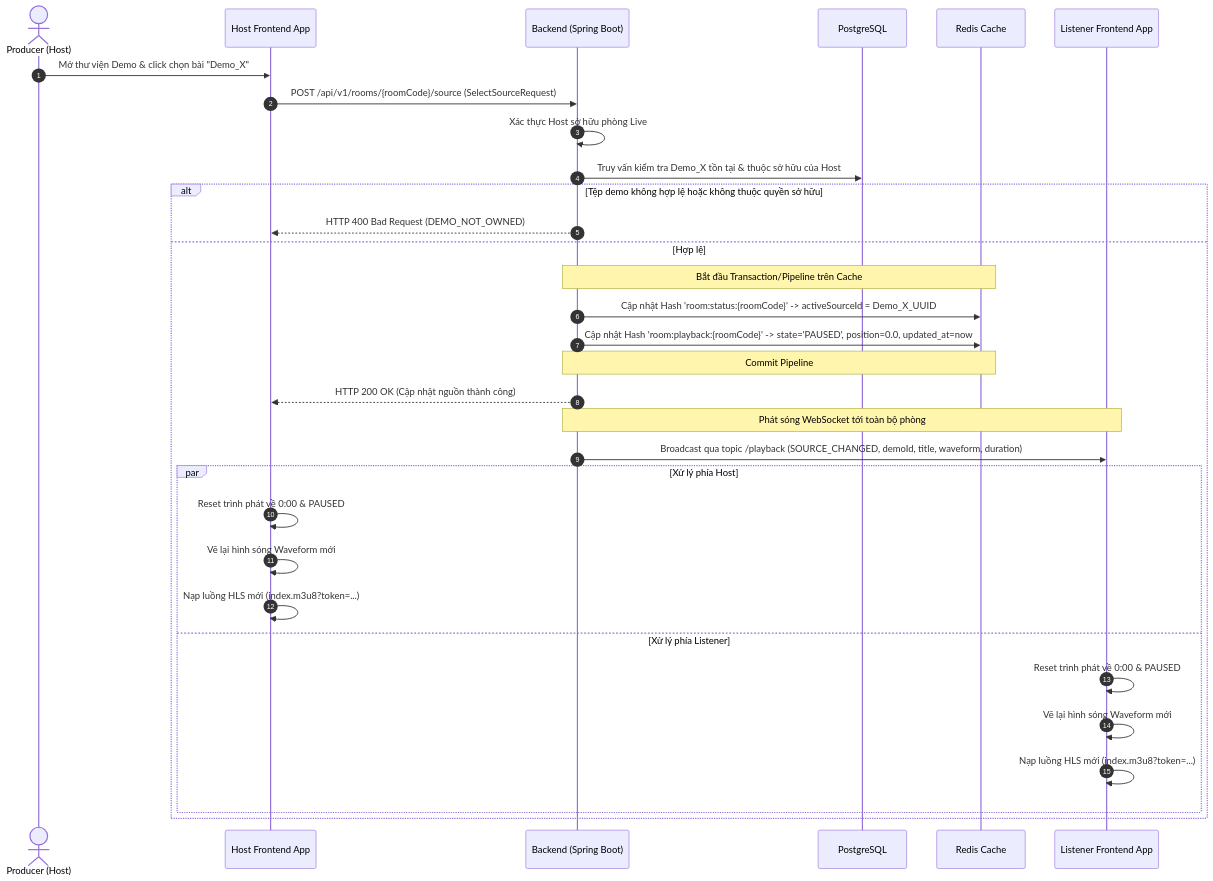
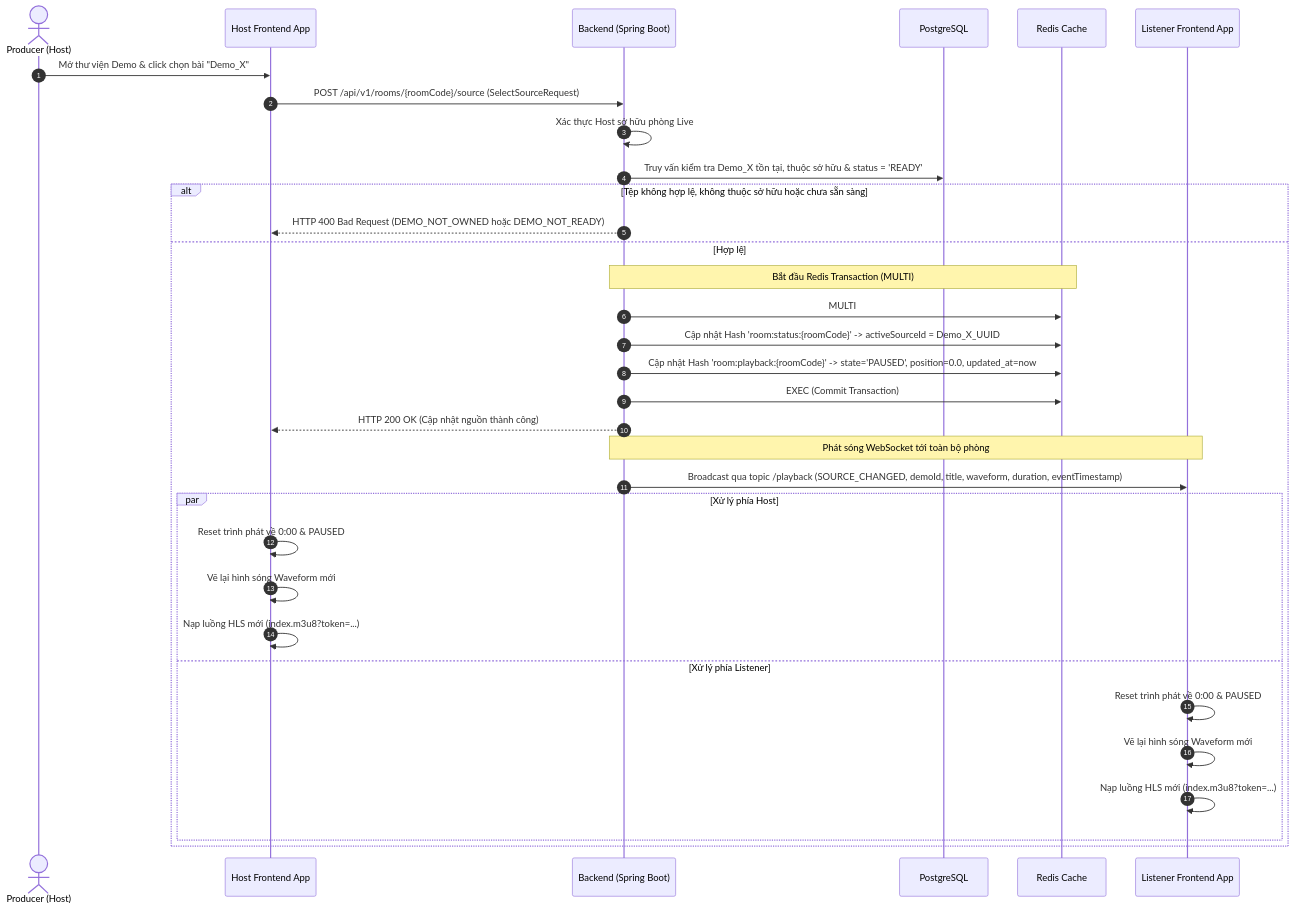
One commit to NguyenDucHoangNam/PWB_Mini changed the first of 2 diagrams in docs/2. Live Room/03_select_source.md. Above: the diagram before and after it, drawn with Mermaid. The commit also changed other lines of this file and 22 other files, not shown here.

````diff
--- a/docs/2. Live Room/03_select_source.md
+++ b/docs/2. Live Room/03_select_source.md
@@ -61,40 +61,41 @@
 ```mermaid
 sequenceDiagram
     autonumber
     actor Host as Producer (Host)
     participant FE as Host Frontend App
     participant BE as Backend (Spring Boot)
     participant DB as PostgreSQL
     participant Redis as Redis Cache
     participant ListFE as Listener Frontend App
 
     Host->>FE: Mở thư viện Demo & click chọn bài "Demo_X"
     FE->>BE: POST /api/v1/rooms/{roomCode}/source (SelectSourceRequest)
     
     BE->>BE: Xác thực Host sở hữu phòng Live
-    BE->>DB: Truy vấn kiểm tra Demo_X tồn tại & thuộc sở hữu của Host
+    BE->>DB: Truy vấn kiểm tra Demo_X tồn tại, thuộc sở hữu & status = 'READY'
     
-    alt Tệp demo không hợp lệ hoặc không thuộc quyền sở hữu
-        BE-->>FE: HTTP 400 Bad Request (DEMO_NOT_OWNED)
+    alt Tệp không hợp lệ, không thuộc sở hữu hoặc chưa sẵn sàng
+        BE-->>FE: HTTP 400 Bad Request (DEMO_NOT_OWNED hoặc DEMO_NOT_READY)
     else Hợp lệ
-        Note over BE, Redis: Bắt đầu Transaction/Pipeline trên Cache
+        Note over BE, Redis: Bắt đầu Redis Transaction (MULTI)
+        BE->>Redis: MULTI
         BE->>Redis: Cập nhật Hash 'room:status:{roomCode}' -> activeSourceId = Demo_X_UUID
         BE->>Redis: Cập nhật Hash 'room:playback:{roomCode}' -> state='PAUSED', position=0.0, updated_at=now
-        Note over BE, Redis: Commit Pipeline
+        BE->>Redis: EXEC (Commit Transaction)
         
         BE-->>FE: HTTP 200 OK (Cập nhật nguồn thành công)
         
         Note over BE, ListFE: Phát sóng WebSocket tới toàn bộ phòng
-        BE->>ListFE: Broadcast qua topic /playback (SOURCE_CHANGED, demoId, title, waveform, duration)
+        BE->>ListFE: Broadcast qua topic /playback (SOURCE_CHANGED, demoId, title, waveform, duration, eventTimestamp)
         
         par Xử lý phía Host
             FE->>FE: Reset trình phát về 0:00 & PAUSED
             FE->>FE: Vẽ lại hình sóng Waveform mới
             FE->>FE: Nạp luồng HLS mới (index.m3u8?token=...)
         and Xử lý phía Listener
             ListFE->>ListFE: Reset trình phát về 0:00 & PAUSED
             ListFE->>ListFE: Vẽ lại hình sóng Waveform mới
             ListFE->>ListFE: Nạp luồng HLS mới (index.m3u8?token=...)
         end
     end
 ```
````
